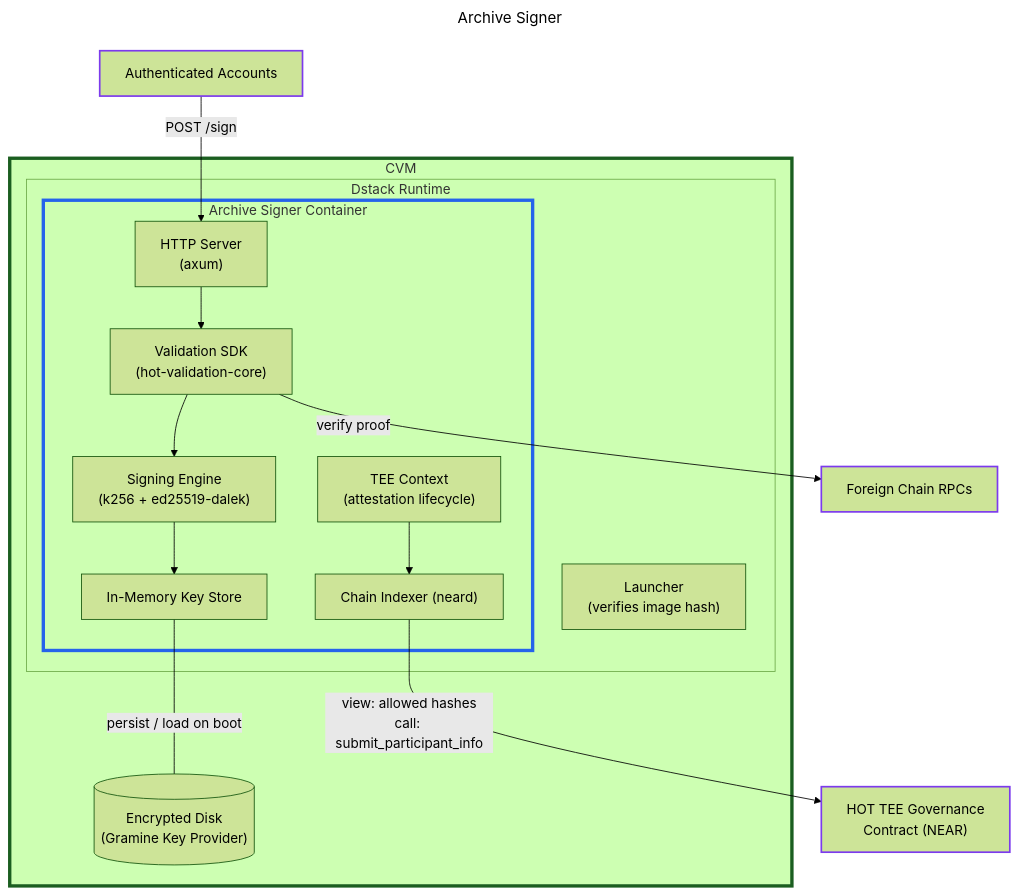
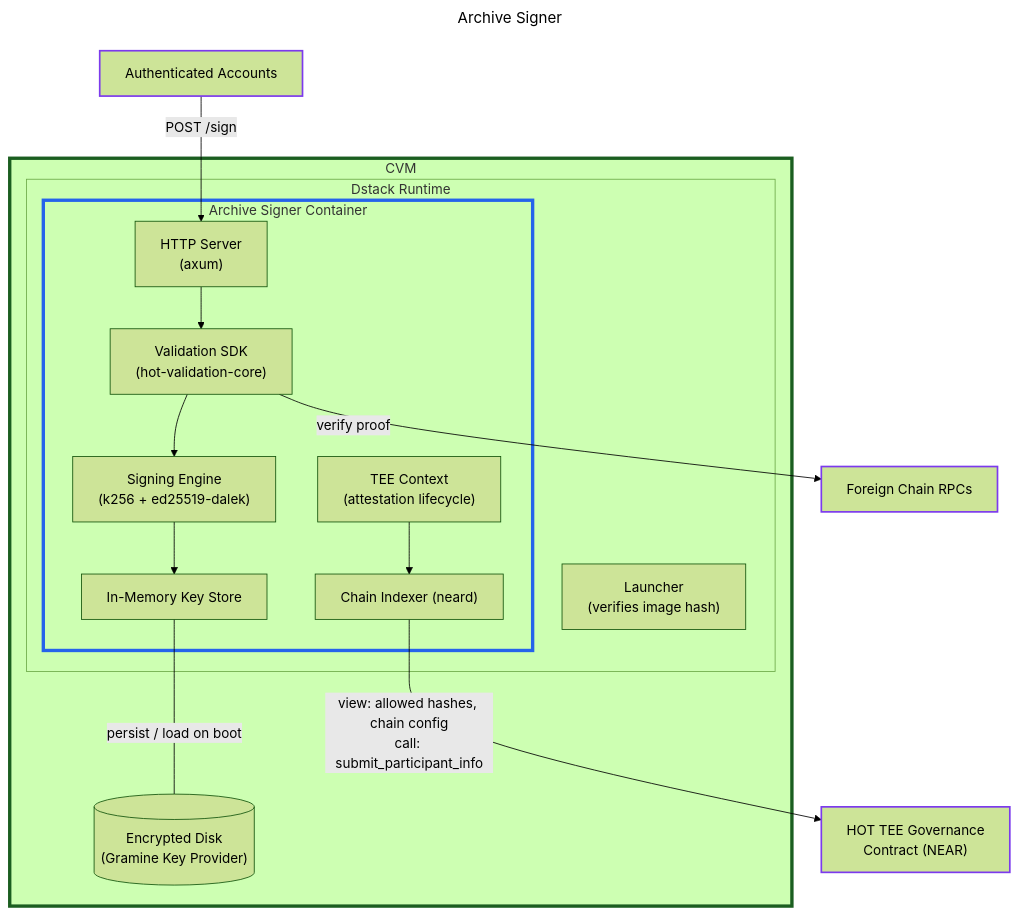
One commit to near/mpc changed the first of 4 diagrams in docs/hot-tee-signing-design.md. Above: the diagram before and after it, drawn with Mermaid (forest theme). The commit also changed other lines of this file, not shown here.

First line of the commit message:
docs: add on-chain cross-chain RPC governance to Archive Signer design

````diff
--- a/docs/hot-tee-signing-design.md
+++ b/docs/hot-tee-signing-design.md
@@ -67,45 +67,45 @@
 ```mermaid
 ---
 title: Archive Signer
 ---
 flowchart TB
 
 subgraph CVM["CVM"]
     subgraph DSTACK["Dstack Runtime"]
         LAUNCHER["Launcher<br/>(verifies image hash)"]
         subgraph HOT_APP["Archive Signer Container"]
             HTTP["HTTP Server<br/>(axum)"]
             VALIDATION["Validation SDK<br/>(hot-validation-core)"]
             SIGNER["Signing Engine<br/>(k256 + ed25519-dalek)"]
             KEYSTORE["In-Memory Key Store"]
             TEE_CTX["TEE Context<br/>(attestation lifecycle)"]
             INDEXER["Chain Indexer (neard)"]
         end
     end
     DISK[("Encrypted Disk<br/>(Gramine Key Provider)")]
 end
 
 CLIENT["Authenticated Accounts"]
 HOT_CONTRACT["HOT TEE Governance<br/>Contract (NEAR)"]
 RPC["Foreign Chain RPCs"]
 
 CLIENT -->|"POST /sign"| HTTP
 HTTP --> VALIDATION
 VALIDATION -->|"verify proof"| RPC
 VALIDATION --> SIGNER
 SIGNER --> KEYSTORE
 KEYSTORE ---|"persist / load on boot"| DISK
 
 TEE_CTX --> INDEXER
-INDEXER -->|"view: allowed hashes<br/>call: submit_participant_info"| HOT_CONTRACT
+INDEXER -->|"view: allowed hashes, chain config<br/>call: submit_participant_info"| HOT_CONTRACT
 
 classDef cvm stroke:#1b5e20,stroke-width:4px;
 classDef app stroke:#2563eb,stroke-width:4px;
 classDef ext stroke:#7c3aed,stroke-width:2px;
 
 class CVM cvm;
 class HOT_APP app;
 class HOT_CONTRACT ext;
 class CLIENT ext;
 class RPC ext;
 ```
````
